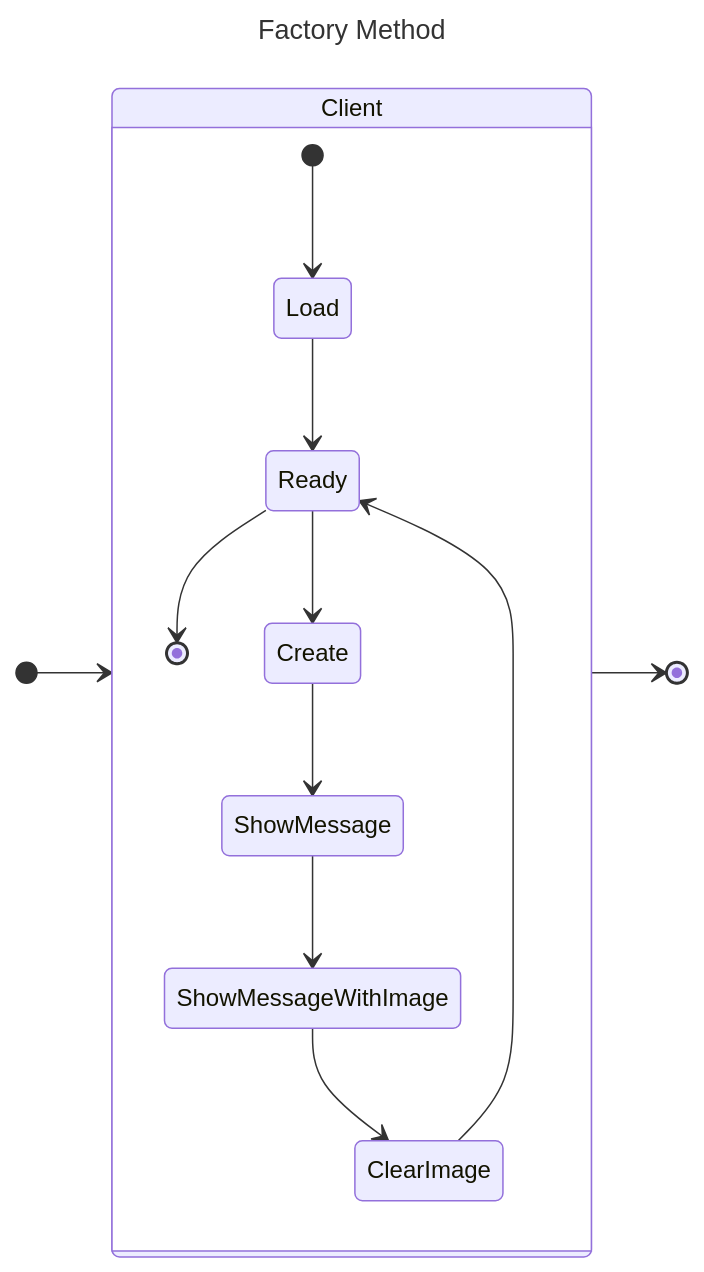
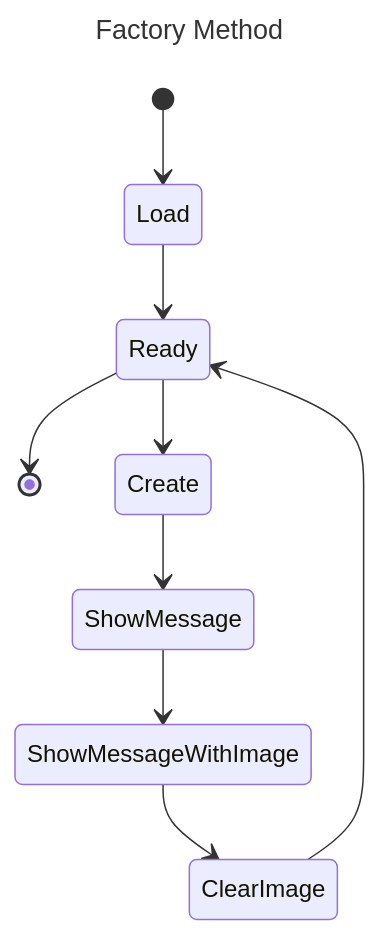
The second of 2 diagrams in README.md (Trush-Maryna/Factory-Method), drawn with Mermaid before and after one commit.

````diff
--- a/README.md
+++ b/README.md
@@ -41,20 +41,14 @@
 ```mermaid
 ---
 title: Factory Method
 ---
 stateDiagram
-    direction LR
-    [*] --> Client
-    Client --> [*]
-
-    state Client {
-        [*] --> Load
-        Load --> Ready
-        Ready --> [*]
-        Ready --> Create
-        Create --> ShowMessage
-        ShowMessage --> ShowMessageWithImage
-        ShowMessageWithImage --> ClearImage
-        ClearImage --> Ready
-    }
+    [*] --> Load
+    Load --> Ready
+    Ready --> [*]
+    Ready --> Create
+    Create --> ShowMessage
+    ShowMessage --> ShowMessageWithImage
+    ShowMessageWithImage --> ClearImage
+    ClearImage --> Ready
 ```
````
